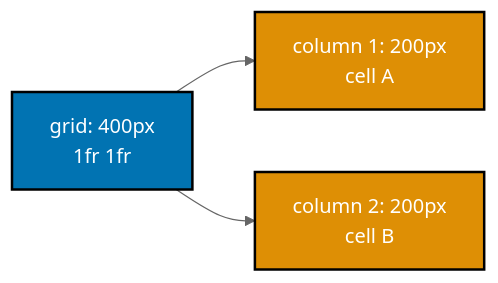
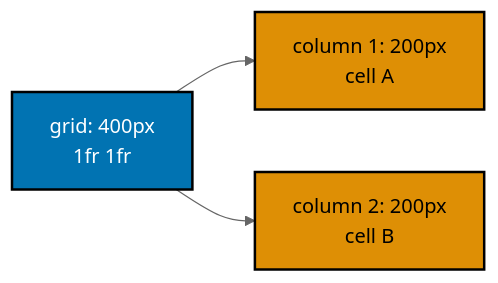
One commit to wahidyankf/ose-public changed the second of 14 diagrams in apps/ayokoding-www/content/en/learn/courses/frontend-essentials/learning/intermediate.md. Above: the diagram before and after it, drawn with Mermaid (neutral theme). The commit also changed other lines of this file and 144 other files, not shown here.

First line of the commit message:
fix(mermaid): bring the first half of the courses diagrams onto the accessible palette

````diff
--- a/apps/ayokoding-www/content/en/learn/courses/frontend-essentials/learning/intermediate.md
+++ b/apps/ayokoding-www/content/en/learn/courses/frontend-essentials/learning/intermediate.md
@@ -107,9 +110,12 @@
 ```mermaid
 %% Color Palette: Blue #0173B2, Orange #DE8F05
 flowchart LR
+    accTitle: Example 30: Grid Two Column
+    accDescr: Flowchart with 3 nodes and 2 connections. Nodes: grid: 400px 1fr 1fr, column 1: 200px cell A, column 2: 200px cell B. Connections: grid: 400px 1fr 1fr to column 1: 200px cell A, grid: 400px 1fr 1fr to column 2: 200px cell B.
     A["grid: 400px<br/>1fr 1fr"]:::blue --> B["column 1: 200px<br/>cell A"]:::orange
     A --> C["column 2: 200px<br/>cell B"]:::orange
 
     classDef blue fill:#0173B2,stroke:#000000,color:#FFFFFF,stroke-width:2px
-    classDef orange fill:#DE8F05,stroke:#000000,color:#FFFFFF,stroke-width:2px
+    classDef orange fill:#DE8F05,stroke:#000000,color:#000000,stroke-width:2px
+    classDef default fill:#FFFFFF,stroke:#000000,color:#000000
 ```
````
